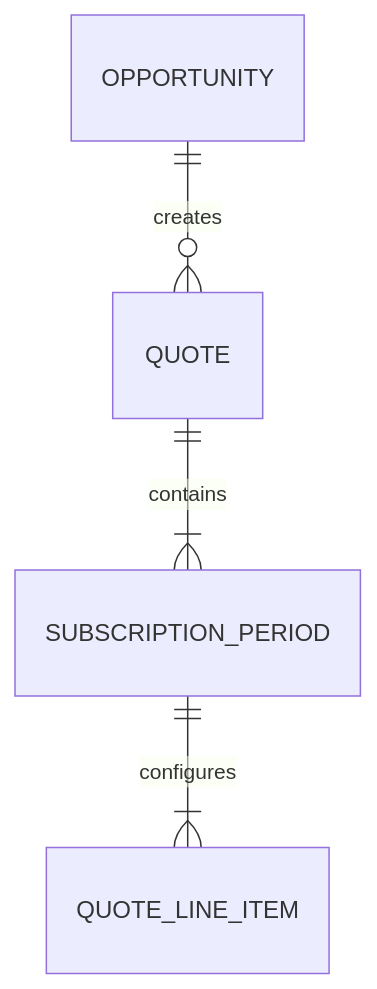
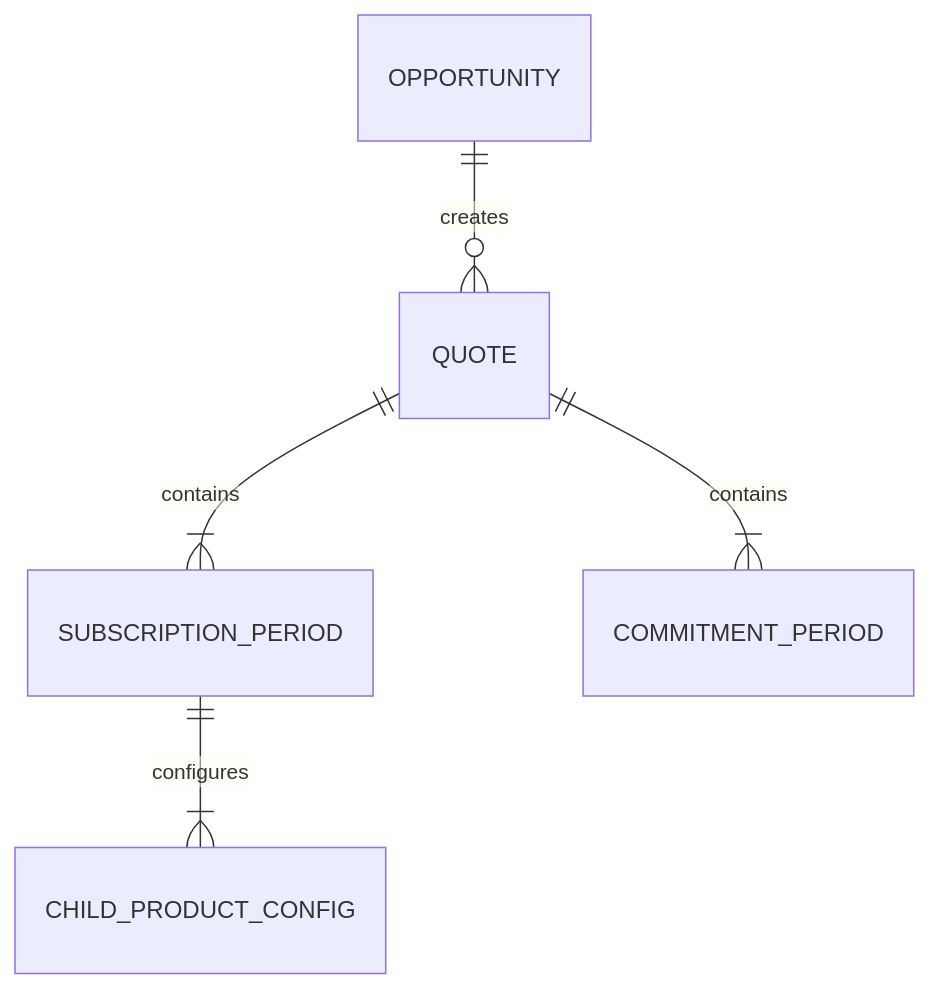
One commit to Vidhathri2/sdd changed the second of 2 diagrams in specs/001-quote-subscription-flow/spec.md. Above: the diagram before and after it, drawn with Mermaid. The commit also changed other lines of this file and 7 other files, not shown here.

````diff
--- a/specs/001-quote-subscription-flow/spec.md
+++ b/specs/001-quote-subscription-flow/spec.md
@@ -173,6 +147,7 @@
 ```mermaid
 erDiagram
     OPPORTUNITY ||--o{ QUOTE : creates
     QUOTE ||--|{ SUBSCRIPTION_PERIOD : contains
-    SUBSCRIPTION_PERIOD ||--|{ QUOTE_LINE_ITEM : configures
+    QUOTE ||--|{ COMMITMENT_PERIOD : contains
+    SUBSCRIPTION_PERIOD ||--|{ CHILD_PRODUCT_CONFIG : configures
 ```
````
